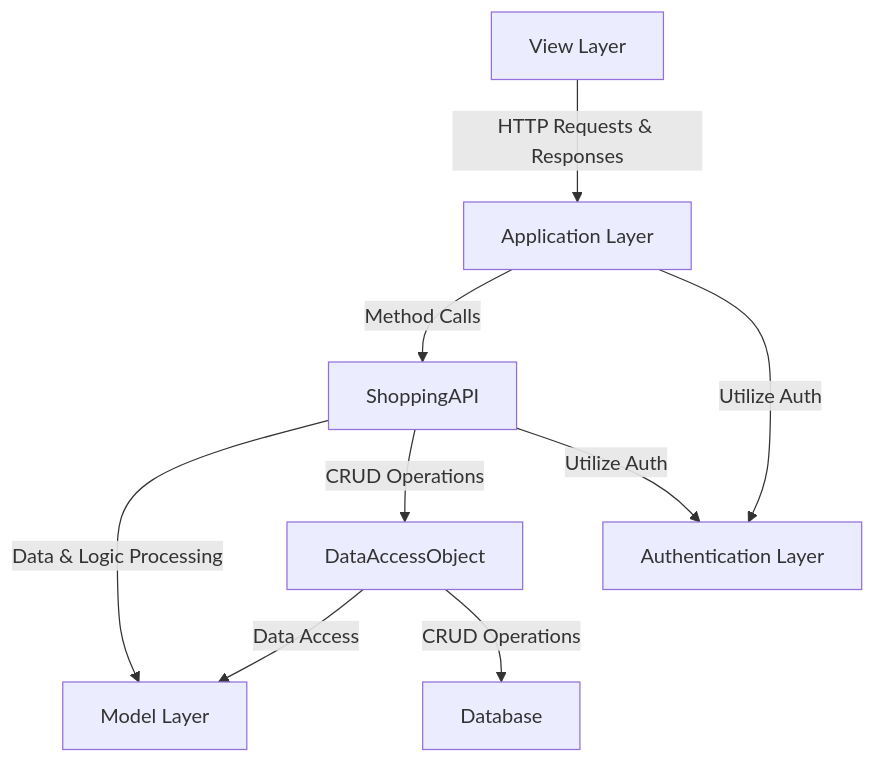
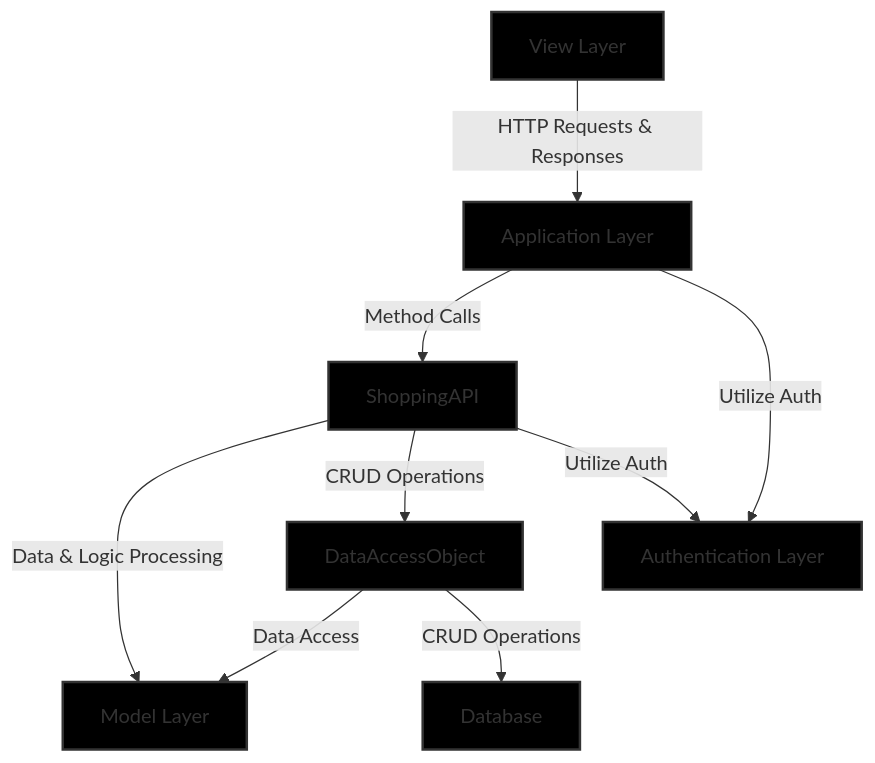
The diagram in README.md (Saechaoc/oreilly-clone), drawn with Mermaid before and after one commit.

````diff
--- a/README.md
+++ b/README.md
@@ -18,20 +18,28 @@
 ```mermaid
 graph TB
 
     ViewLayer[View Layer]
     ApplicationLayer[Application Layer]
     ShoppingAPI[ShoppingAPI]
     DataAccessObject[DataAccessObject]
     model[Model Layer]
     database[Database]
     Auth[Authentication Layer]
 
     ViewLayer -->|HTTP Requests & Responses| ApplicationLayer
     ApplicationLayer -->|Method Calls| ShoppingAPI
     ShoppingAPI -->|Data & Logic Processing| model
     ShoppingAPI -->|CRUD Operations| DataAccessObject
     DataAccessObject -->|Data Access| model
     DataAccessObject -->|CRUD Operations| database
     ApplicationLayer -->|Utilize Auth| Auth
     ShoppingAPI -->|Utilize Auth| Auth
+
+    style ViewLayer fill:#000000,stroke:#333,stroke-width:2px
+    style ApplicationLayer fill:#000000,stroke:#333,stroke-width:2px
+    style ShoppingAPI fill:#000000,stroke:#333,stroke-width:2px
+    style DataAccessObject fill:#000000,stroke:#333,stroke-width:2px
+    style model fill:#000000,stroke:#333,stroke-width:2px
+    style database fill:#000000,stroke:#333,stroke-width:2px
+    style Auth fill:#000000,stroke:#333,stroke-width:2px
 ```
````
